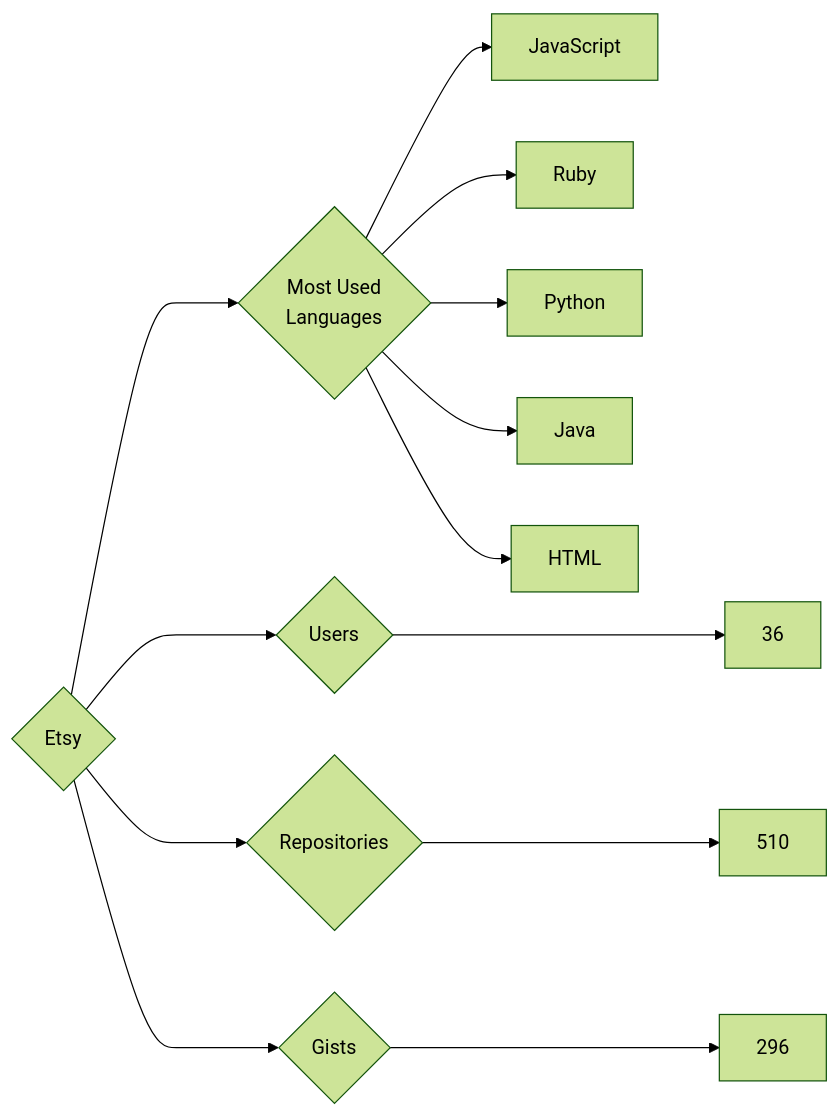
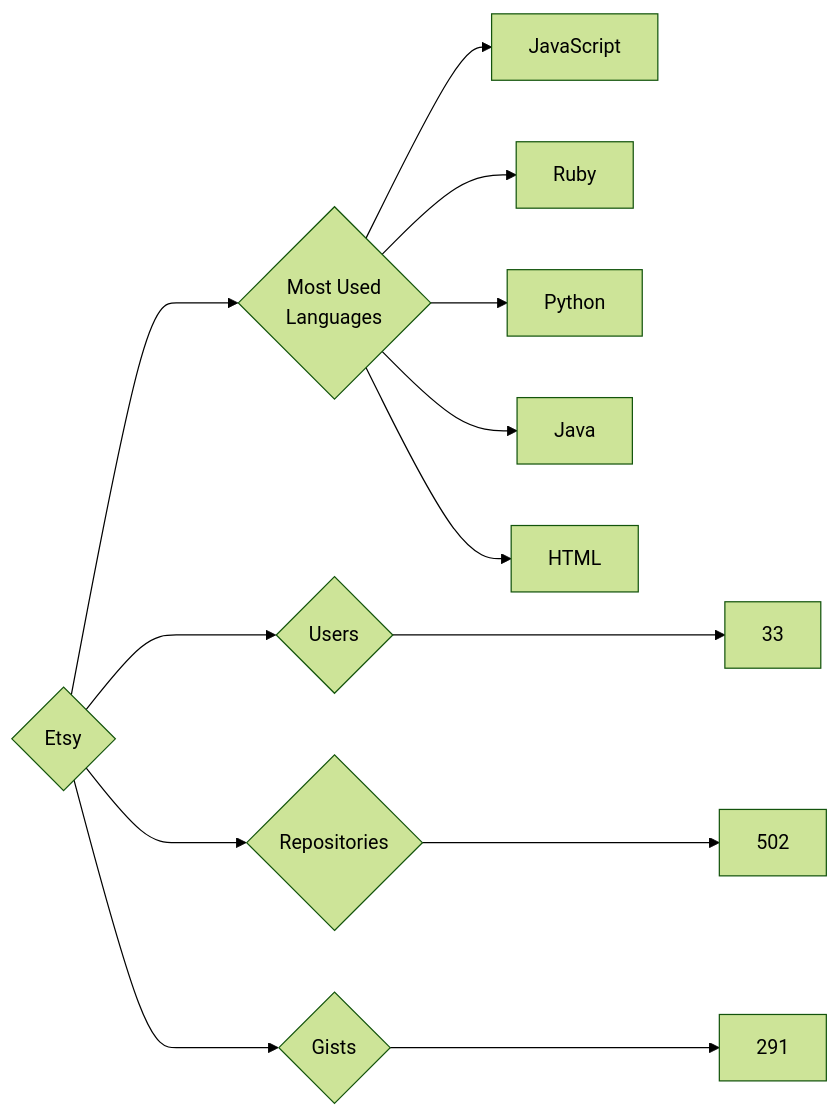
Before and after one commit to trickest/insiders: the diagram in targets/Etsy/README.md, drawn with Mermaid (forest theme). The commit also changed 826 other files, not shown here.

````diff
--- a/targets/Etsy/README.md
+++ b/targets/Etsy/README.md
@@ -3,13 +3,13 @@
 ```mermaid
 graph LR
 COMPANY_NAME{Etsy}
-COMPANY_NAME ---> U{Users} ---> UN[36]
-COMPANY_NAME ---> R{Repositories} ---> RN[510]
-COMPANY_NAME ---> G{Gists} ---> GN[296]
+COMPANY_NAME ---> U{Users} ---> UN[33]
+COMPANY_NAME ---> R{Repositories} ---> RN[502]
+COMPANY_NAME ---> G{Gists} ---> GN[291]
 COMPANY_NAME ---> ML{Most Used<br>Languages}
 ML --> JavaScript[JavaScript]
 ML --> Ruby[Ruby]
 ML --> Python[Python]
 ML --> Java[Java]
 ML --> HTML[HTML]
 ```
````
